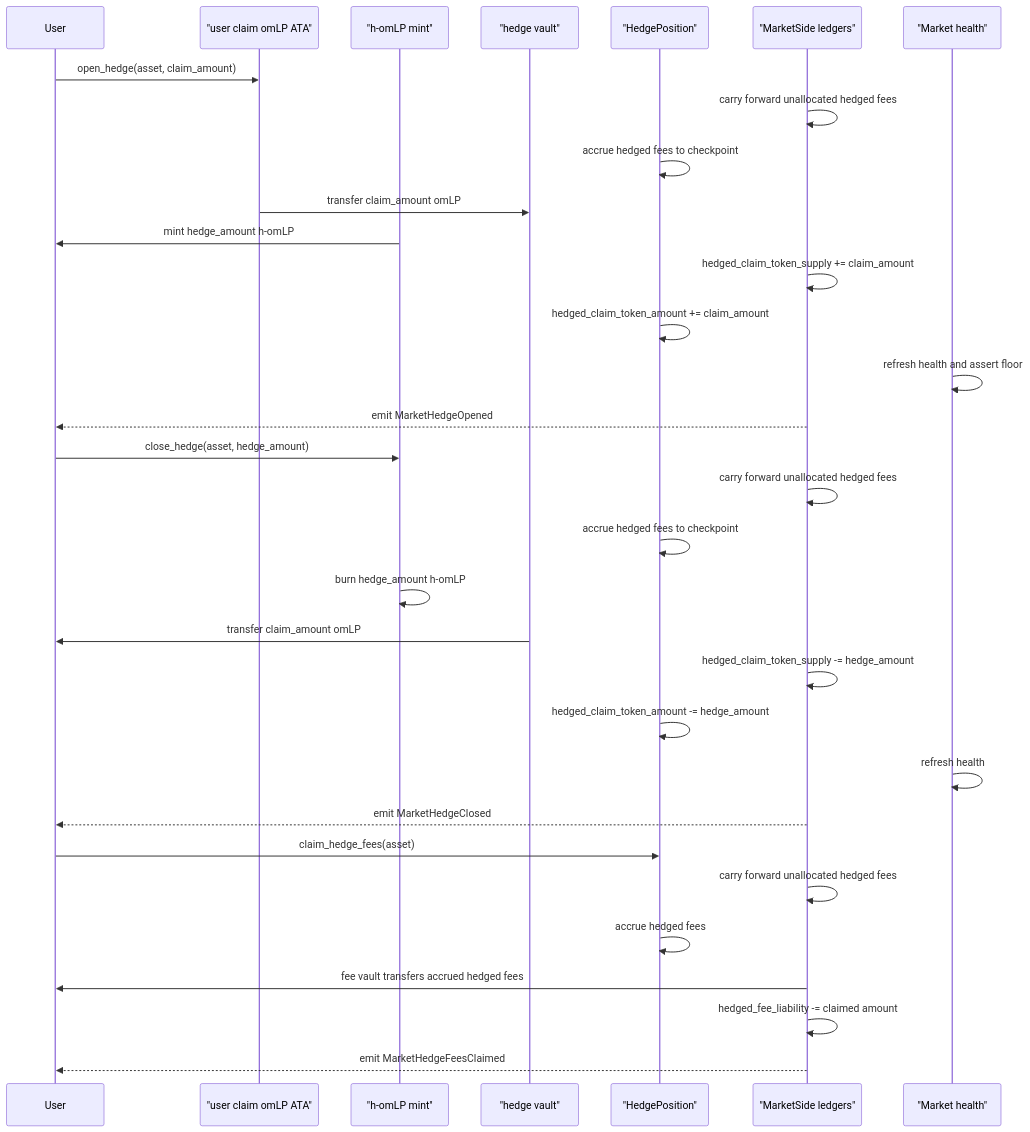
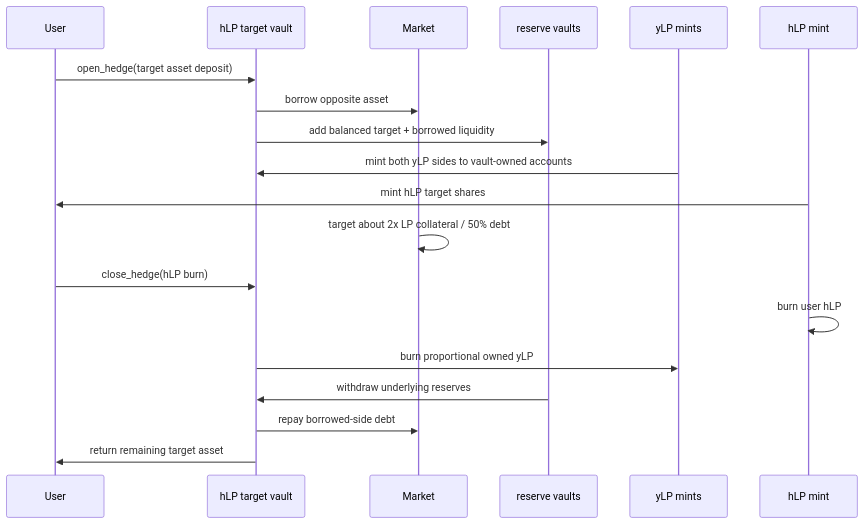
The fifth of 9 diagrams in V2_USER_FLOW_CHARTS.md (omnipair/omnipair-rs), drawn with Mermaid before and after one commit. The commit also changed other lines of this file and 4 other files, not shown here.

Commit message:
fix(v2): update devnet helpers for ylp hlp

````diff
--- a/V2_USER_FLOW_CHARTS.md
+++ b/V2_USER_FLOW_CHARTS.md
@@ -243,37 +86,23 @@
 ```mermaid
 sequenceDiagram
   participant User
-  participant ClaimATA as "user claim omLP ATA"
-  participant HedgeMint as "h-omLP mint"
-  participant HedgeVault as "hedge vault"
-  participant HedgePos as "HedgePosition"
-  participant Side as "MarketSide ledgers"
-  participant Market as "Market health"
+  participant HlpVault as hLP target vault
+  participant Market
+  participant ReserveVaults as reserve vaults
+  participant YlpMints as yLP mints
+  participant HlpMint as hLP mint
 
-  User->>ClaimATA: open_hedge(asset, claim_amount)
-  Side->>Side: carry forward unallocated hedged fees
-  HedgePos->>HedgePos: accrue hedged fees to checkpoint
-  ClaimATA->>HedgeVault: transfer claim_amount omLP
-  HedgeMint->>User: mint hedge_amount h-omLP
-  Side->>Side: hedged_claim_token_supply += claim_amount
-  HedgePos->>HedgePos: hedged_claim_token_amount += claim_amount
-  Market->>Market: refresh health and assert floor
-  Side-->>User: emit MarketHedgeOpened
+  User->>HlpVault: open_hedge(target asset deposit)
+  HlpVault->>Market: borrow opposite asset
+  HlpVault->>ReserveVaults: add balanced target + borrowed liquidity
+  YlpMints->>HlpVault: mint both yLP sides to vault-owned accounts
+  HlpMint->>User: mint hLP target shares
+  Market->>Market: target about 2x LP collateral / 50% debt
 
-  User->>HedgeMint: close_hedge(asset, hedge_amount)
-  Side->>Side: carry forward unallocated hedged fees
-  HedgePos->>HedgePos: accrue hedged fees to checkpoint
-  HedgeMint->>HedgeMint: burn hedge_amount h-omLP
-  HedgeVault->>User: transfer claim_amount omLP
-  Side->>Side: hedged_claim_token_supply -= hedge_amount
-  HedgePos->>HedgePos: hedged_claim_token_amount -= hedge_amount
-  Market->>Market: refresh health
-  Side-->>User: emit MarketHedgeClosed
-
-  User->>HedgePos: claim_hedge_fees(asset)
-  Side->>Side: carry forward unallocated hedged fees
-  HedgePos->>HedgePos: accrue hedged fees
-  Side->>User: fee vault transfers accrued hedged fees
-  Side->>Side: hedged_fee_liability -= claimed amount
-  Side-->>User: emit MarketHedgeFeesClaimed
+  User->>HlpVault: close_hedge(hLP burn)
+  HlpMint->>HlpMint: burn user hLP
+  HlpVault->>YlpMints: burn proportional owned yLP
+  ReserveVaults->>HlpVault: withdraw underlying reserves
+  HlpVault->>Market: repay borrowed-side debt
+  HlpVault->>User: return remaining target asset
 ```
````
